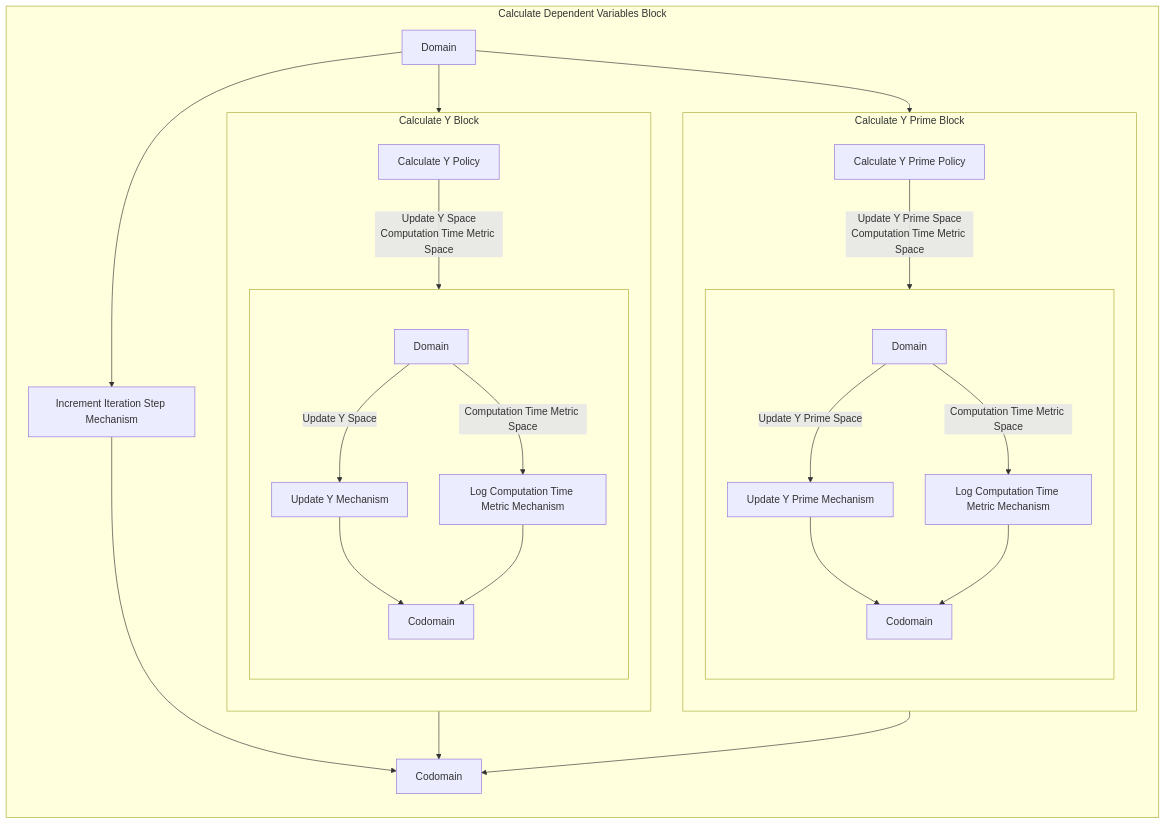
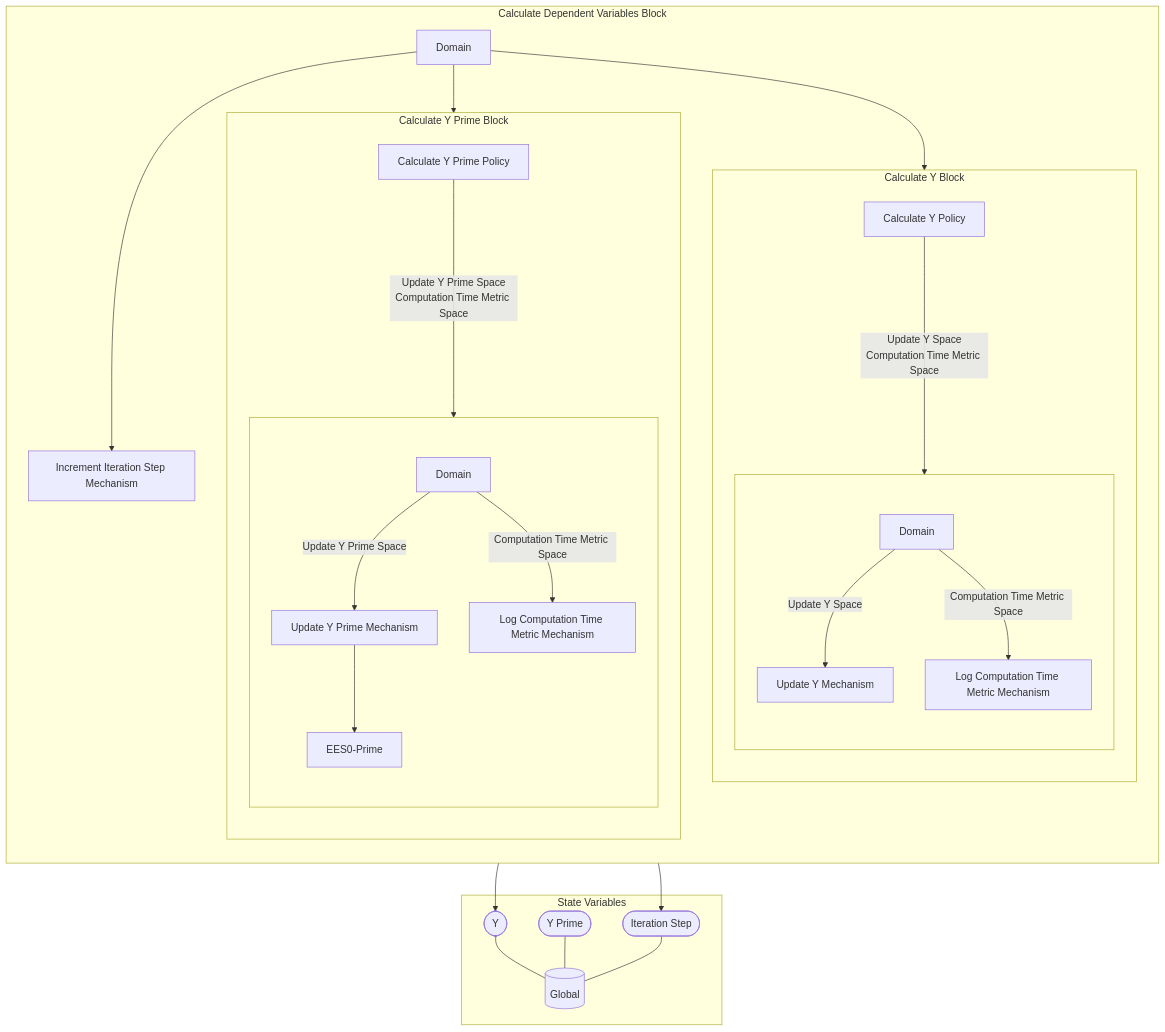
One commit to SeanMcOwen/Root-Finding-Simulation changed the diagram in MSML/reports/Markdown/Wiring/Calculate Dependent Variables Block.md. Above: the diagram before and after it, drawn with Mermaid. The commit also changed other lines of this file and 24 other files, not shown here.

````diff
--- a/MSML/reports/Markdown/Wiring/Calculate Dependent Variables Block.md
+++ b/MSML/reports/Markdown/Wiring/Calculate Dependent Variables Block.md
@@ -3,55 +3,62 @@
 ```mermaid
 graph TB
-subgraph X18[Calculate Dependent Variables Block]
+
+subgraph SVS["State Variables"]
+EE0[("Global")]
+EES0(["Y"])
+EES0 --- EE0
+EES1(["Y Prime"])
+EES1 --- EE0
+EES2(["Iteration Step"])
+EES2 --- EE0
+end
+
+subgraph X18["Calculate Dependent Variables Block"]
 direction TB
-subgraph X7[Calculate Y Block]
+subgraph X7["Calculate Y Block"]
 direction TB
-X1[Calculate Y Policy]
-subgraph X6[ ]
+X1["Calculate Y Policy"]
+subgraph X6[" "]
 direction TB
-X2[Update Y Mechanism]
-X3[Log Computation Time Metric Mechanism]
+X2["Update Y Mechanism"]
+X2 --> EES0
+X3["Log Computation Time Metric Mechanism"]
 X4[Domain]
-X5[Codomain]
+
 direction LR
 direction TB
 X4 --"Update Y Space"--> X2
 X4 --"Computation Time Metric Space"--> X3
-X2 --> X5
-X3 --> X5
 end
 X1--"Update Y Space
-Computation Time Metric Space"-->X6
+Computation Time Metric Space"---->X6
 end
-subgraph X14[Calculate Y Prime Block]
+subgraph X14["Calculate Y Prime Block"]
 direction TB
-X8[Calculate Y Prime Policy]
-subgraph X13[ ]
+X8["Calculate Y Prime Policy"]
+subgraph X13[" "]
 direction TB
-X9[Update Y Prime Mechanism]
-X10[Log Computation Time Metric Mechanism]
+X9["Update Y Prime Mechanism"]
+X9 --> EES0-Prime
+X10["Log Computation Time Metric Mechanism"]
 X11[Domain]
-X12[Codomain]
+
 direction LR
 direction TB
 X11 --"Update Y Prime Space"--> X9
 X11 --"Computation Time Metric Space"--> X10
-X9 --> X12
-X10 --> X12
 end
 X8--"Update Y Prime Space
-Computation Time Metric Space"-->X13
+Computation Time Metric Space"---->X13
 end
-X15[Increment Iteration Step Mechanism]
+X15["Increment Iteration Step Mechanism"]
+X15 --> EES2
 X16[Domain]
-X17[Codomain]
+
 direction LR
 direction TB
 X16 --> X7
 X16 --> X14
 X16 --> X15
-X7 --> X17
-X14 --> X17
-X15 --> X17
 end
 ```
````
